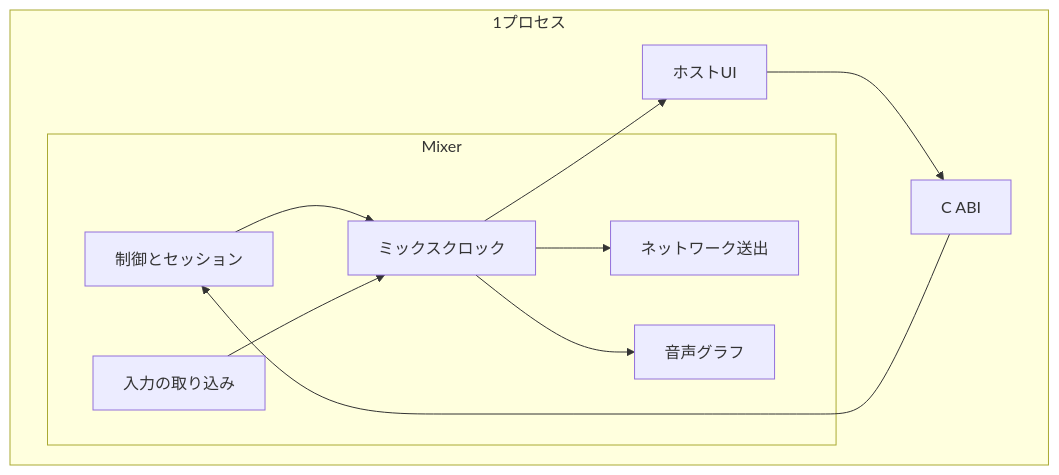
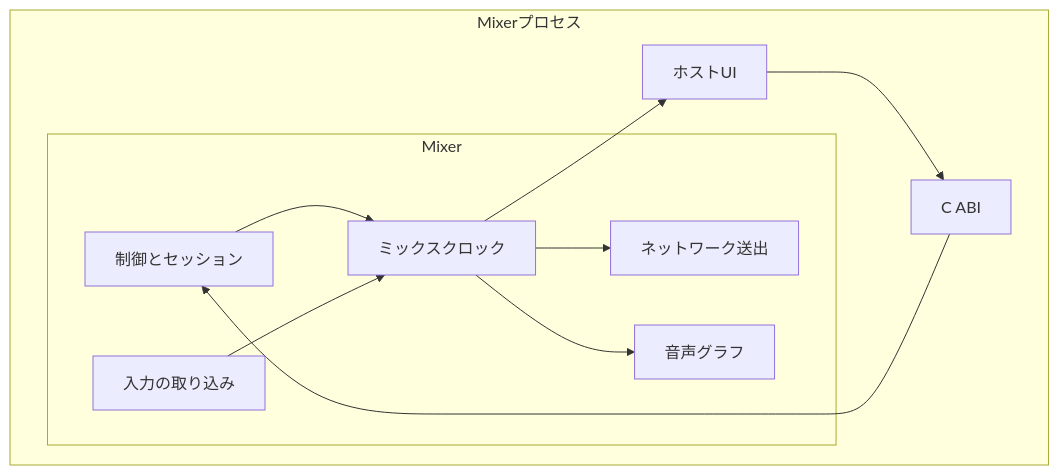
One commit to MikanseiLaboratory/eiviz changed the first of 7 diagrams in docs/src/content/docs/ja/introduction/architecture.md. Above: the diagram before and after it, drawn with Mermaid. The commit also changed other lines of this file and 60 other files, not shown here.

````diff
--- a/docs/src/content/docs/ja/introduction/architecture.md
+++ b/docs/src/content/docs/ja/introduction/architecture.md
@@ -18,20 +20,20 @@
 ```mermaid
 flowchart TB
-  subgraph proc["1プロセス"]
+  subgraph proc["Mixerプロセス"]
     host["ホストUI"]
     abi["C ABI"]
     subgraph mixer["Mixer"]
       ctrl["制御とセッション"]
       clock["ミックスクロック"]
       ingest["入力の取り込み"]
       send["ネットワーク送出"]
       audio["音声グラフ"]
     end
   end
   host --> abi --> ctrl
   ctrl --> clock
   ingest --> clock
   clock --> send
   clock --> audio
   clock --> host
 ```
````
